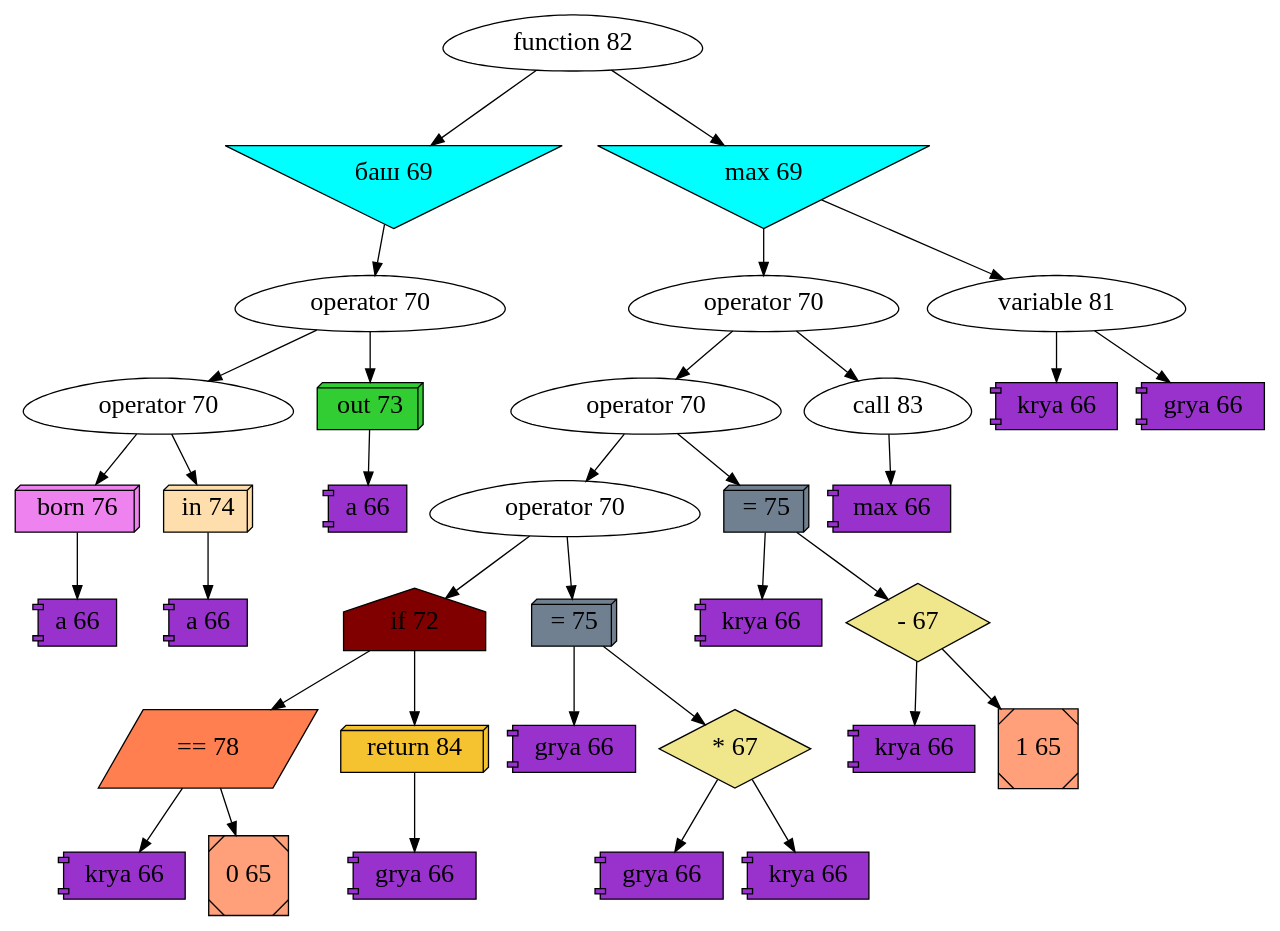
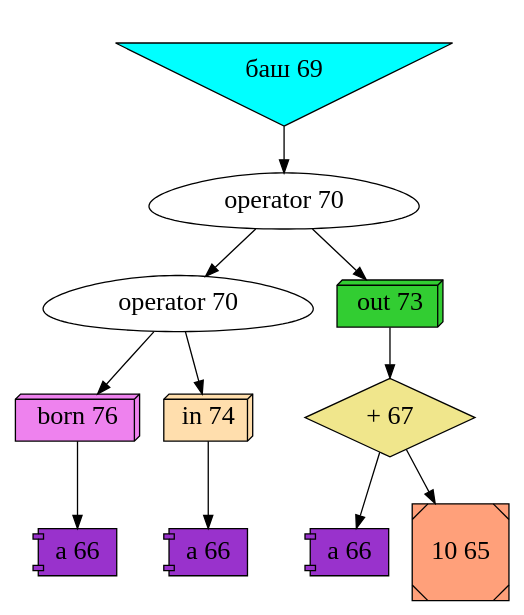
Before and after one commit to Arv1k/2_sem: the diagram in binary_trans/Language/dott.dot, drawn with Graphviz. The commit also changed 15 other files, not shown here.

```diff
--- a/binary_trans/Language/dott.dot
+++ b/binary_trans/Language/dott.dot
@@ -1,73 +1,25 @@
 digraph {
 	node[color = "#000000", fontsize = 20];
 	edge[color = "#000000", fontsize = 20];
-		hey0[label = "function 82", shape = "egg", color="#000000", style="filled", fillcolor = "#FFFFFF"];
+		hey0[label = "баш 69", shape = "invtriangle", color="#000000", style="filled", fillcolor = "#00FFFF"];
 		hey0->hey1;
-		hey1[label = "баш 69", shape = "invtriangle", color="#000000", style="filled", fillcolor = "#00FFFF"];
+		hey1[label = "operator 70", shape = "egg", color="#000000", style="filled", fillcolor = "#FFFFFF"];
 		hey1->hey2;
 		hey2[label = "operator 70", shape = "egg", color="#000000", style="filled", fillcolor = "#FFFFFF"];
 		hey2->hey3;
-		hey3[label = "operator 70", shape = "egg", color="#000000", style="filled", fillcolor = "#FFFFFF"];
+		hey3[label = "born 76", shape = "box3d", color="#000000", style="filled", fillcolor = "#EE82EE"];
 		hey3->hey4;
-		hey4[label = "born 76", shape = "box3d", color="#000000", style="filled", fillcolor = "#EE82EE"];
-		hey4->hey5;
-		hey5[label = "a 66", shape = "component", color="#000000", style="filled", fillcolor = "#9932CC"];
-		hey3->hey6;
-		hey6[label = "in 74", shape = "box3d", color="#000000", style="filled", fillcolor = "#FFDEAD"];
-		hey6->hey7;
-		hey7[label = "a 66", shape = "component", color="#000000", style="filled", fillcolor = "#9932CC"];
-		hey2->hey8;
-		hey8[label = "out 73", shape = "box3d", color="#000000", style="filled", fillcolor = "#32CD32"];
+		hey4[label = "a 66", shape = "component", color="#000000", style="filled", fillcolor = "#9932CC"];
+		hey2->hey5;
+		hey5[label = "in 74", shape = "box3d", color="#000000", style="filled", fillcolor = "#FFDEAD"];
+		hey5->hey6;
+		hey6[label = "a 66", shape = "component", color="#000000", style="filled", fillcolor = "#9932CC"];
+		hey1->hey7;
+		hey7[label = "out 73", shape = "box3d", color="#000000", style="filled", fillcolor = "#32CD32"];
+		hey7->hey8;
+		hey8[label = "+ 67", shape = "diamond", color="#000000", style="filled", fillcolor = "#F0E68C"];
 		hey8->hey9;
 		hey9[label = "a 66", shape = "component", color="#000000", style="filled", fillcolor = "#9932CC"];
-		hey0->hey10;
-		hey10[label = "max 69", shape = "invtriangle", color="#000000", style="filled", fillcolor = "#00FFFF"];
-		hey10->hey11;
-		hey11[label = "operator 70", shape = "egg", color="#000000", style="filled", fillcolor = "#FFFFFF"];
-		hey11->hey12;
-		hey12[label = "operator 70", shape = "egg", color="#000000", style="filled", fillcolor = "#FFFFFF"];
-		hey12->hey13;
-		hey13[label = "operator 70", shape = "egg", color="#000000", style="filled", fillcolor = "#FFFFFF"];
-		hey13->hey14;
-		hey14[label = "if 72", shape = "house", color="#000000", style="filled", fillcolor = "#800000"];
-		hey14->hey15;
-		hey15[label = "== 78", shape = "parallelogram", color="#000000", style="filled", fillcolor = "#FF7F50"];
-		hey15->hey16;
-		hey16[label = "krya 66", shape = "component", color="#000000", style="filled", fillcolor = "#9932CC"];
-		hey15->hey17;
-		hey17[label = "0 65", shape = "Msquare", color="#000000", style="filled", fillcolor = "#FFA07A"];
-		hey14->hey18;
-		hey18[label = "return 84", shape = "box3d", color="#000000", style="filled", fillcolor = "#F5C32F"];
-		hey18->hey19;
-		hey19[label = "grya 66", shape = "component", color="#000000", style="filled", fillcolor = "#9932CC"];
-		hey13->hey20;
-		hey20[label = "= 75", shape = "box3d", color="#000000", style="filled", fillcolor = "#708090"];
-		hey20->hey21;
-		hey21[label = "grya 66", shape = "component", color="#000000", style="filled", fillcolor = "#9932CC"];
-		hey20->hey22;
-		hey22[label = "* 67", shape = "diamond", color="#000000", style="filled", fillcolor = "#F0E68C"];
-		hey22->hey23;
-		hey23[label = "grya 66", shape = "component", color="#000000", style="filled", fillcolor = "#9932CC"];
-		hey22->hey24;
-		hey24[label = "krya 66", shape = "component", color="#000000", style="filled", fillcolor = "#9932CC"];
-		hey12->hey25;
-		hey25[label = "= 75", shape = "box3d", color="#000000", style="filled", fillcolor = "#708090"];
-		hey25->hey26;
-		hey26[label = "krya 66", shape = "component", color="#000000", style="filled", fillcolor = "#9932CC"];
-		hey25->hey27;
-		hey27[label = "- 67", shape = "diamond", color="#000000", style="filled", fillcolor = "#F0E68C"];
-		hey27->hey28;
-		hey28[label = "krya 66", shape = "component", color="#000000", style="filled", fillcolor = "#9932CC"];
-		hey27->hey29;
-		hey29[label = "1 65", shape = "Msquare", color="#000000", style="filled", fillcolor = "#FFA07A"];
-		hey11->hey30;
-		hey30[label = "call 83", shape = "egg", color="#000000", style="filled", fillcolor = "#FFFFFF"];
-		hey30->hey31;
-		hey31[label = "max 66", shape = "component", color="#000000", style="filled", fillcolor = "#9932CC"];
-		hey10->hey32;
-		hey32[label = "variable 81", shape = "egg", color="#000000", style="filled", fillcolor = "#FFFFFF"];
-		hey32->hey33;
-		hey33[label = "krya 66", shape = "component", color="#000000", style="filled", fillcolor = "#9932CC"];
-		hey32->hey34;
-		hey34[label = "grya 66", shape = "component", color="#000000", style="filled", fillcolor = "#9932CC"];
+		hey8->hey10;
+		hey10[label = "10 65", shape = "Msquare", color="#000000", style="filled", fillcolor = "#FFA07A"];
 }
```
